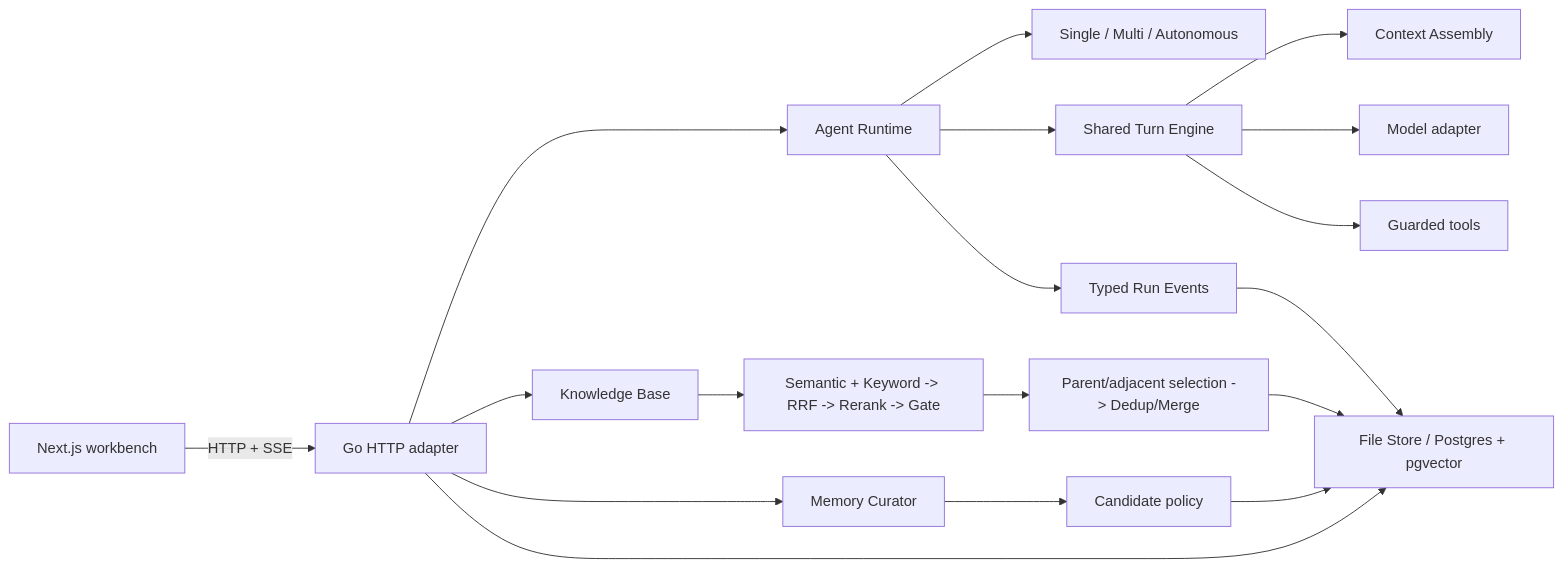
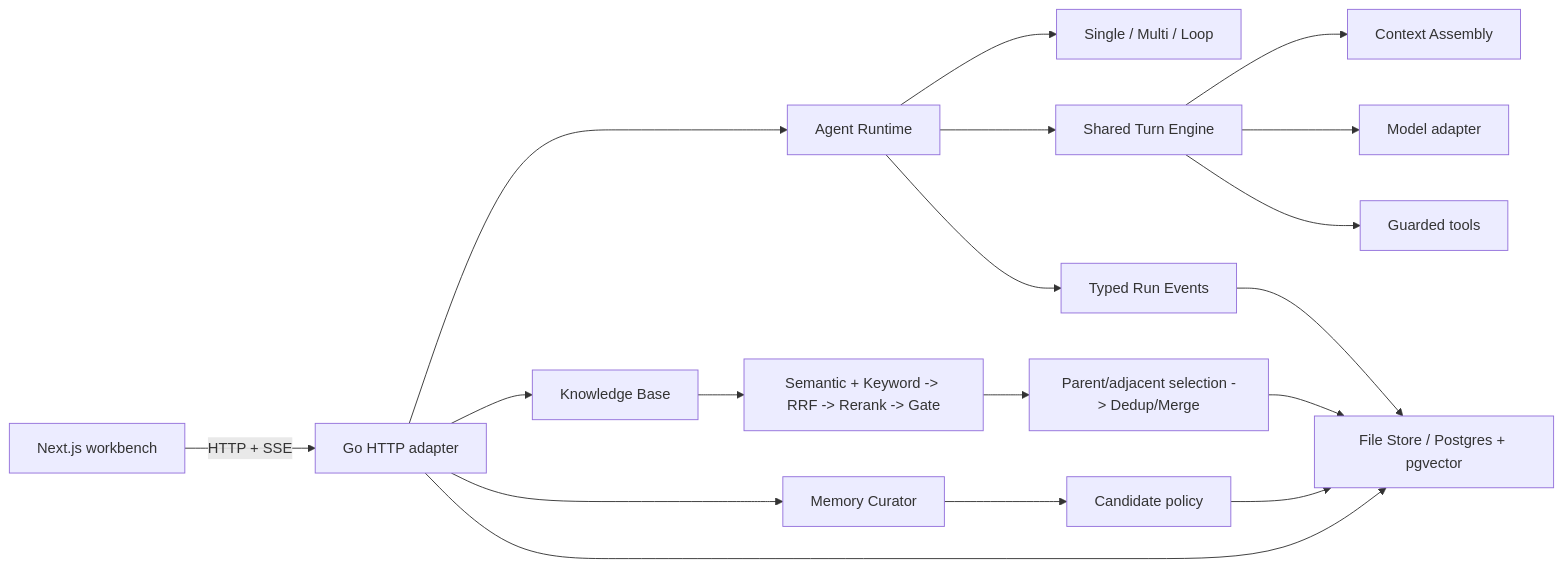
One commit to hoiyd/agentflow-platform changed the diagram in README.md. Above: the diagram before and after it, drawn with Mermaid. The commit also changed other lines of this file and 6 other files, not shown here.

Commit message:
chore: improve readability about single/multi/loop agent mode (#48)

````diff
--- a/README.md
+++ b/README.md
@@ -63,20 +99,20 @@
 ```mermaid
 flowchart LR
     UI["Next.js workbench"] -->|"HTTP + SSE"| HTTP["Go HTTP adapter"]
     HTTP --> Runtime["Agent Runtime"]
-    Runtime --> Modes["Single / Multi / Autonomous"]
+    Runtime --> Modes["Single / Multi / Loop"]
     Runtime --> Turn["Shared Turn Engine"]
     Turn --> Context["Context Assembly"]
     Turn --> Model["Model adapter"]
     Turn --> Tools["Guarded tools"]
     Runtime --> Events["Typed Run Events"]
     HTTP --> Knowledge["Knowledge Base"]
     Knowledge --> Retrieval["Semantic + Keyword -> RRF -> Rerank -> Gate"]
     Retrieval --> Transform["Parent/adjacent selection -> Dedup/Merge"]
     HTTP --> Memory["Memory Curator"]
     Memory --> Candidates["Candidate policy"]
     HTTP --> Store["File Store / Postgres + pgvector"]
     Events --> Store
     Candidates --> Store
     Transform --> Store
 ```
````
